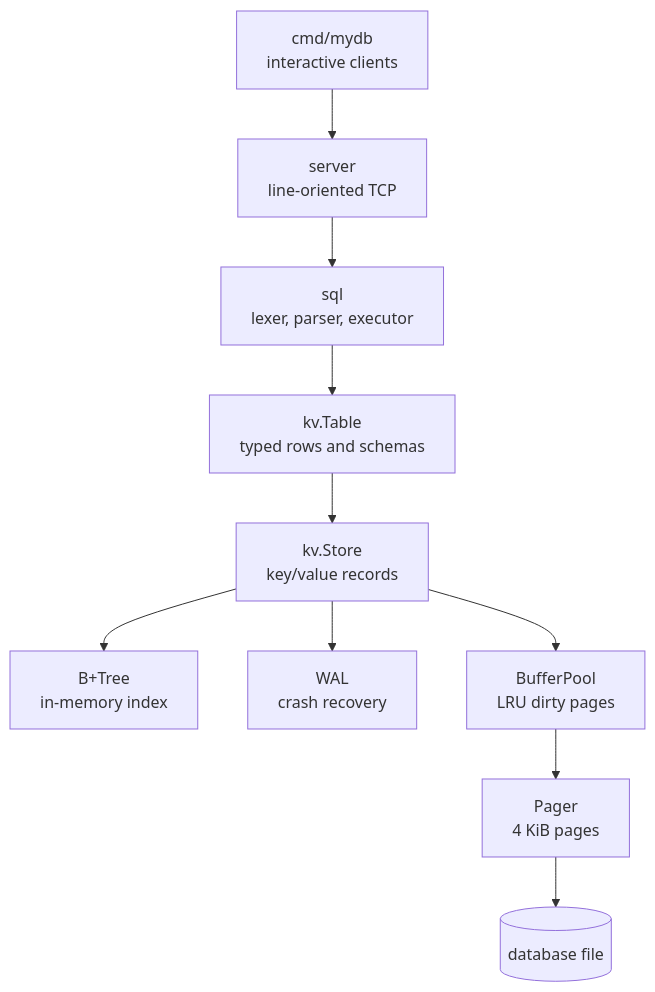
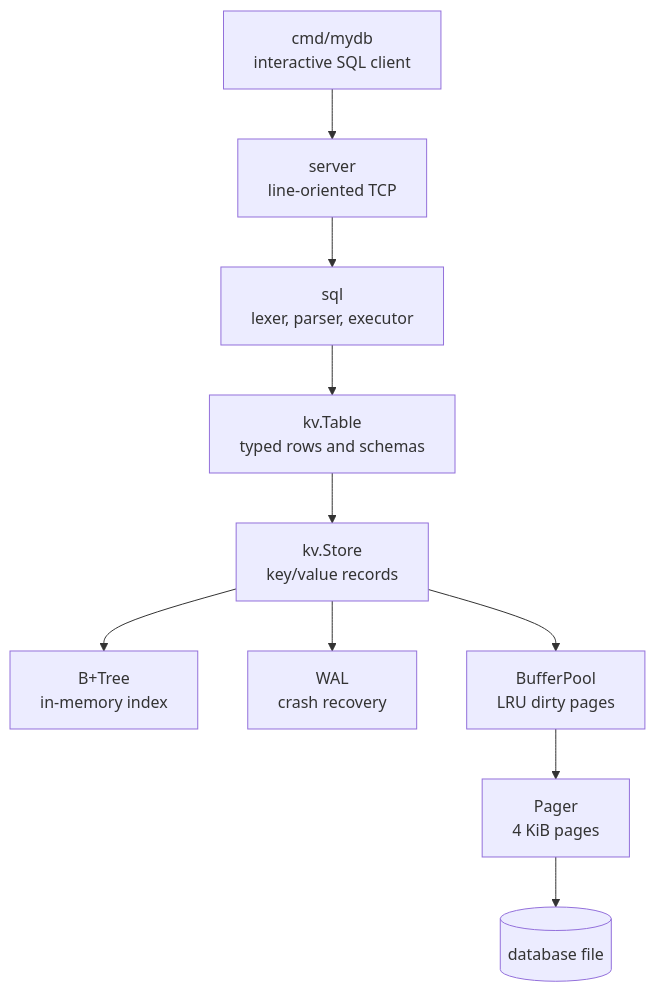
One commit to ToxicBlades/go-db changed the first of 2 diagrams in README.md. Above: the diagram before and after it, drawn with Mermaid. The commit also changed other lines of this file and 3 other files, not shown here.

````diff
--- a/README.md
+++ b/README.md
@@ -28,12 +25,12 @@
 ```mermaid
 flowchart TD
-    CLI[cmd/mydb\ninteractive clients] --> TCP[server\nline-oriented TCP]
+    CLI[cmd/mydb\ninteractive SQL client] --> TCP[server\nline-oriented TCP]
     TCP --> SQL[sql\nlexer, parser, executor]
     SQL --> TABLE[kv.Table\ntyped rows and schemas]
     TABLE --> STORE[kv.Store\nkey/value records]
     STORE --> INDEX[B+Tree\nin-memory index]
     STORE --> WAL[WAL\ncrash recovery]
     STORE --> POOL[BufferPool\nLRU dirty pages]
     POOL --> PAGER[Pager\n4 KiB pages]
     PAGER --> FILE[(database file)]
 ```
````
